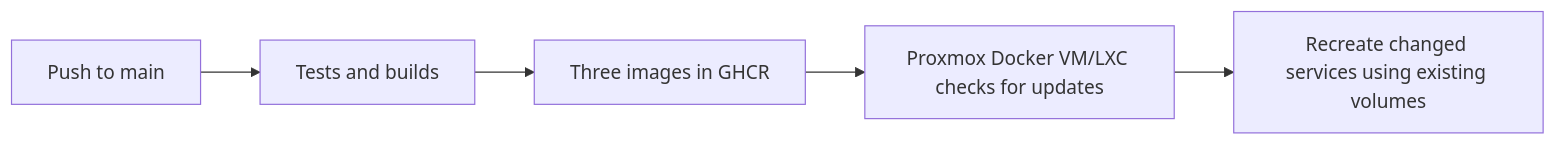
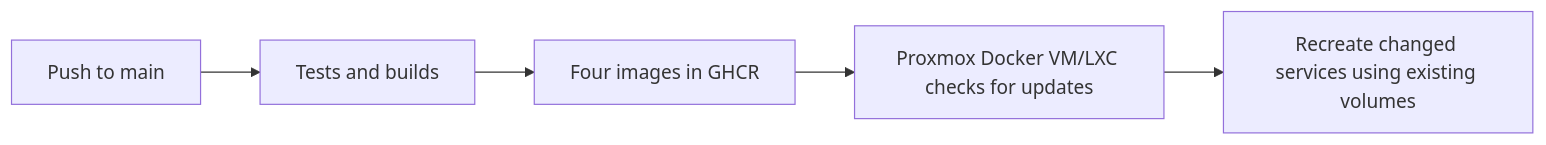
Before and after one commit to e-mny/acl_rehab_tracker: the diagram in docs/deployment.md, drawn with Mermaid. The commit also changed other lines of this file and 21 other files, not shown here.

````diff
--- a/docs/deployment.md
+++ b/docs/deployment.md
@@ -5,7 +5,7 @@
 ```mermaid
 flowchart LR
     A[Push to main] --> B[Tests and builds]
-    B --> C[Three images in GHCR]
+    B --> C[Four images in GHCR]
     C --> D[Proxmox Docker VM/LXC checks for updates]
     D --> E[Recreate changed services using existing volumes]
 ```
````
